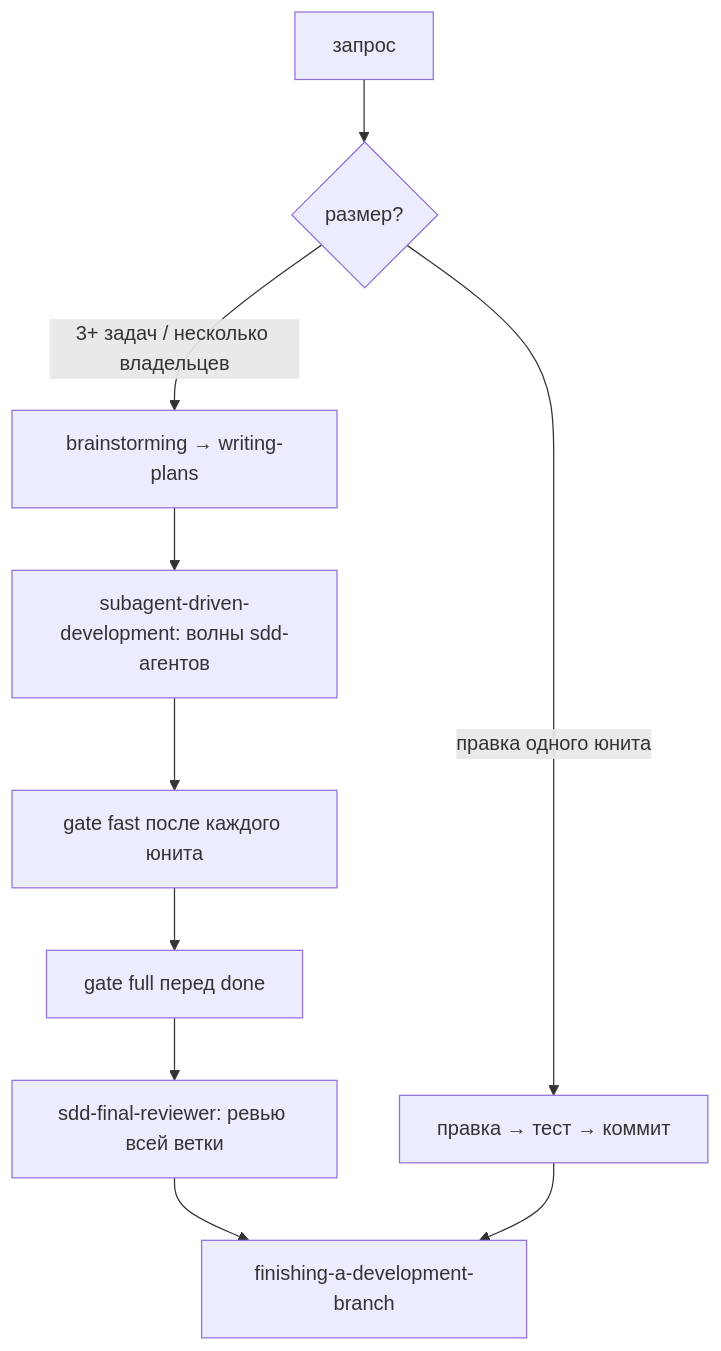
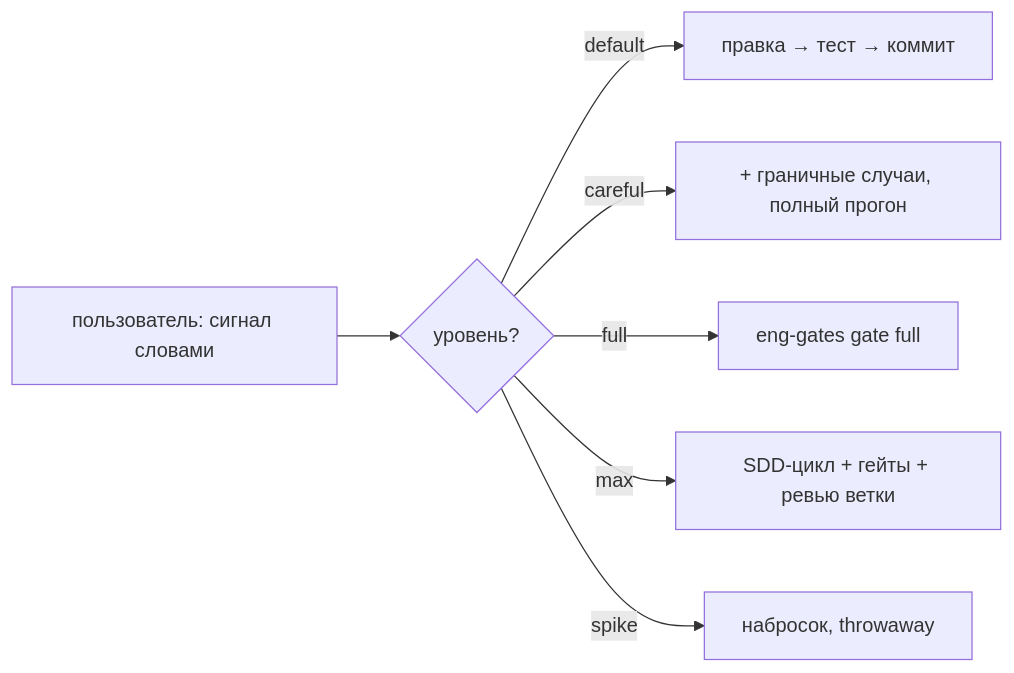
Before and after one commit to spgsroot/omp-agent-skills: the diagram in README.md, drawn with Mermaid. The commit also changed other lines of this file and 7 other files, not shown here.

````diff
--- a/README.md
+++ b/README.md
@@ -20,12 +19,9 @@
 ```mermaid
-flowchart TD
-    R["запрос"] --> D{"размер?"}
-    D -->|"правка одного юнита"| Q["правка → тест → коммит"]
-    D -->|"3+ задач / несколько владельцев"| B["brainstorming → writing-plans"]
-    B --> S["subagent-driven-development: волны sdd-агентов"]
-    S --> T["gate fast после каждого юнита"]
-    T --> G["gate full перед done"]
-    G --> F["sdd-final-reviewer: ревью всей ветки"]
-    F --> M["finishing-a-development-branch"]
-    Q --> M
+flowchart LR
+    U["пользователь: сигнал словами"] --> S{"уровень?"}
+    S -->|default| D["правка → тест → коммит"]
+    S -->|careful| C["+ граничные случаи, полный прогон"]
+    S -->|full| G["eng-gates gate full"]
+    S -->|max| M["SDD-цикл + гейты + ревью ветки"]
+    S -->|spike| N["набросок, throwaway"]
 ```
````
